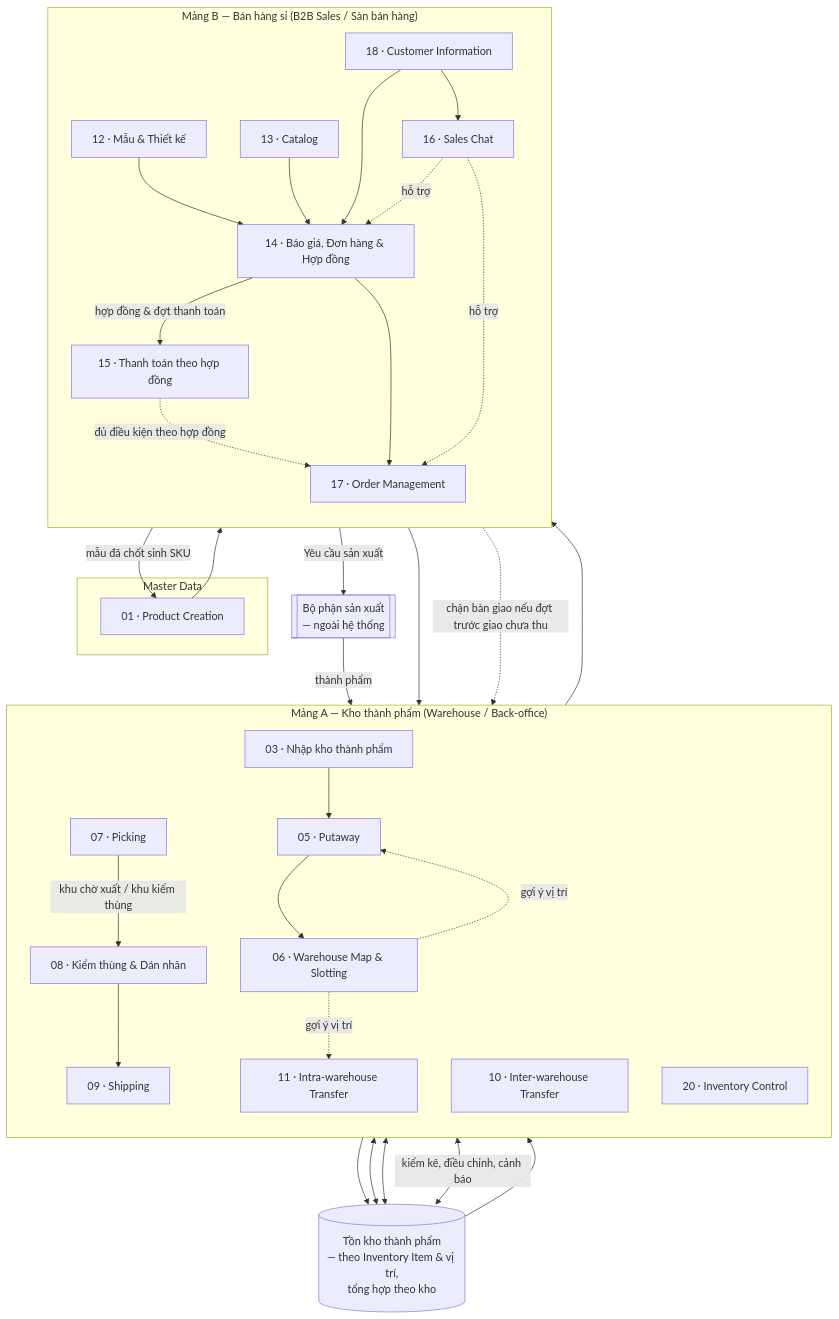
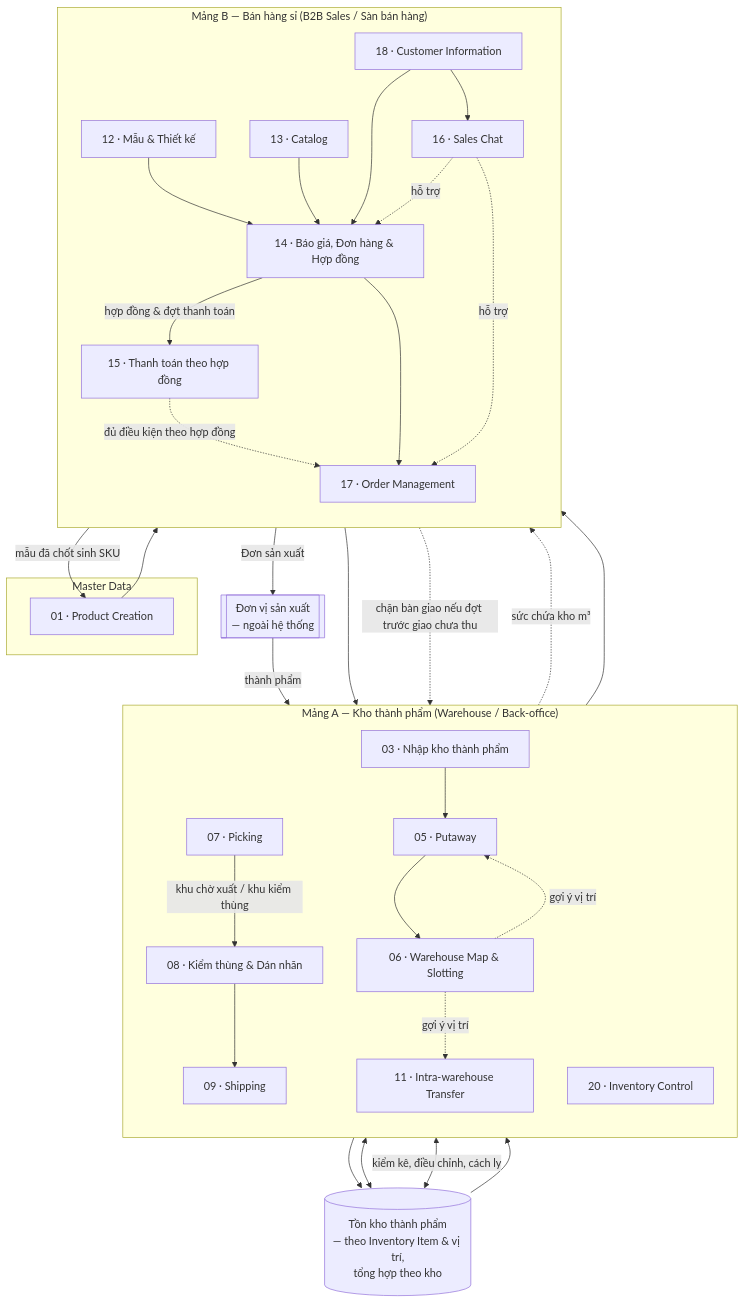
One commit to KLTN-FA26/docs changed the second of 3 diagrams in docs/00-system-overview/README.md. Above: the diagram before and after it, drawn with Mermaid. The commit also changed other lines of this file and 23 other files, not shown here.

````diff
--- a/docs/00-system-overview/README.md
+++ b/docs/00-system-overview/README.md
@@ -180,64 +182,63 @@
 ```mermaid
 flowchart TB
     subgraph MASTER["Master Data"]
         PC[01 · Product Creation]
     end
 
     subgraph WH["Mảng A — Kho thành phẩm (Warehouse / Back-office)"]
         direction TB
         RC[03 · Nhập kho thành phẩm]
         PA[05 · Putaway]
         MAP[06 · Warehouse Map & Slotting]
         PICK[07 · Picking]
         PACK[08 · Kiểm thùng & Dán nhãn]
         SHIP[09 · Shipping]
-        INTER[10 · Inter-warehouse Transfer]
         INTRA[11 · Intra-warehouse Transfer]
         CTRL[20 · Inventory Control]
     end
 
     subgraph EC["Mảng B — Bán hàng sỉ (B2B Sales / Sàn bán hàng)"]
         direction TB
         DSN[12 · Mẫu & Thiết kế]
         CAT[13 · Catalog]
         CO[14 · Báo giá, Đơn hàng & Hợp đồng]
         PAY[15 · Thanh toán theo hợp đồng]
         CHAT[16 · Sales Chat]
         OM[17 · Order Management]
         CIM[18 · Customer Information]
     end
 
-    PRODEXT[[Bộ phận sản xuất\n— ngoài hệ thống]]
+    PRODEXT[[Đơn vị sản xuất\n— ngoài hệ thống]]
     INVENTORY[(Tồn kho thành phẩm\n— theo Inventory Item & vị trí,\ntổng hợp theo kho)]
 
     DSN -- mẫu đã chốt sinh SKU --> PC
     PC --> CAT
     CAT --> CO
     DSN --> CO
     CHAT -. hỗ trợ .-> CO
     CHAT -. hỗ trợ .-> OM
     CIM --> CO
     CIM --> CHAT
     CO -- hợp đồng & đợt thanh toán --> PAY
     CO --> OM
     PAY -. đủ điều kiện theo hợp đồng .-> OM
 
-    OM -- Yêu cầu sản xuất --> PRODEXT
+    OM -- Đơn sản xuất --> PRODEXT
     PRODEXT -- thành phẩm --> RC
     RC --> PA
     PA --> MAP
     MAP -. gợi ý vị trí .-> PA
     PA --> INVENTORY
+    MAP -. sức chứa kho m³ .-> OM
 
     OM --> PICK
     INVENTORY --> PICK
     PICK -- khu chờ xuất / khu kiểm thùng --> PACK
     PACK --> SHIP
     PAY -. chặn bàn giao nếu đợt trước giao chưa thu .-> SHIP
     SHIP --> OM
 
-    INTER <--> INVENTORY
     INTRA <--> INVENTORY
-    CTRL <-->|kiểm kê, điều chỉnh, cảnh báo| INVENTORY
+    CTRL <-->|kiểm kê, điều chỉnh, cách ly| INVENTORY
     MAP -. gợi ý vị trí .-> INTRA
 ```
````
